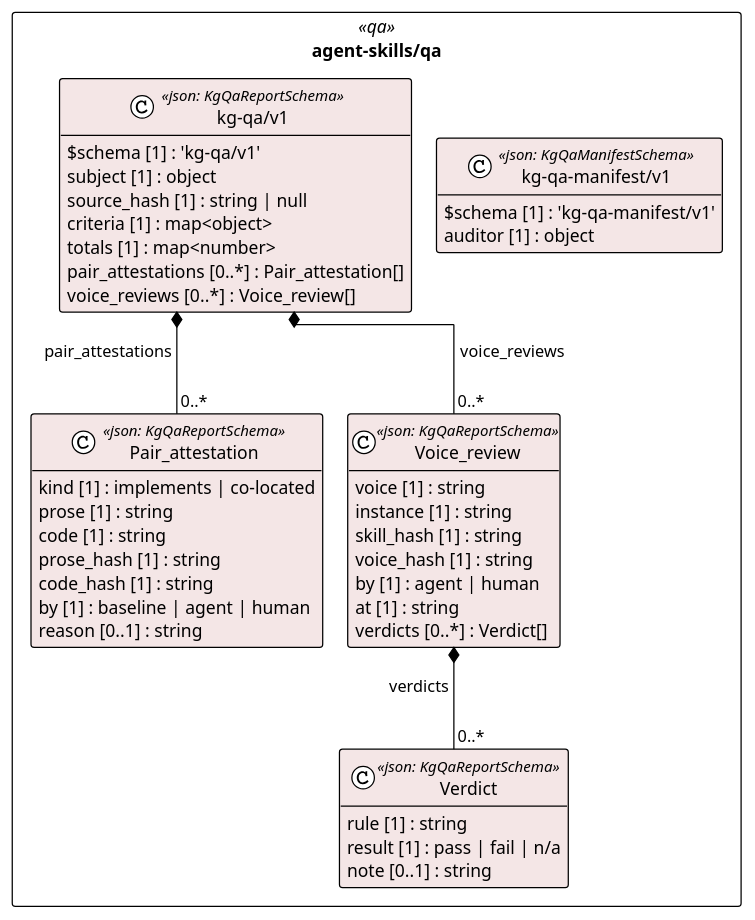
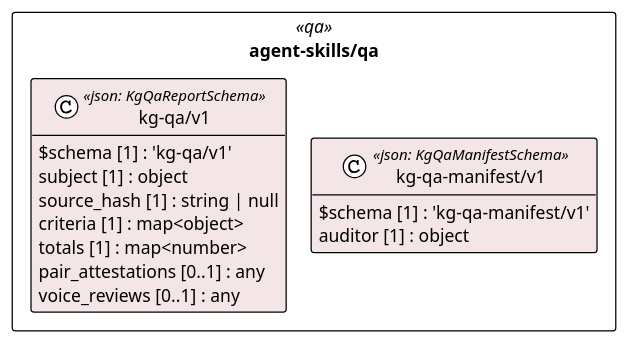
The diagram in cat-harness/uml/overview/agent-skills/qa.puml (litlfred/folio-assistant), drawn with PlantUML before and after one commit. The commit also changed 234 other files, not shown here.

```diff
--- a/cat-harness/uml/overview/agent-skills/qa.puml
+++ b/cat-harness/uml/overview/agent-skills/qa.puml
@@ -3,51 +3,25 @@
 @startuml agent_skills_qa
 !pragma layout elk
 !theme plain
 skinparam classAttributeIconSize 0
 skinparam shadowing false
 skinparam packageStyle rectangle
 hide empty methods
 
 package "agent-skills/qa" as pkg_agent_skills_qa <<qa>> {
-  class "Pair_attestation" as agent_skills_qa_kg_qa_v1_Pair_attestation <<json: KgQaReportSchema>> #f4e6e6 {
-    kind [1] : implements | co-located
-    prose [1] : string
-    code [1] : string
-    prose_hash [1] : string
-    code_hash [1] : string
-    by [1] : baseline | agent | human
-    reason [0..1] : string
-  }
-  class "Verdict" as agent_skills_qa_kg_qa_v1_Verdict <<json: KgQaReportSchema>> #f4e6e6 {
-    rule [1] : string
-    result [1] : pass | fail | n/a
-    note [0..1] : string
-  }
-  class "Voice_review" as agent_skills_qa_kg_qa_v1_Voice_review <<json: KgQaReportSchema>> #f4e6e6 {
-    voice [1] : string
-    instance [1] : string
-    skill_hash [1] : string
-    voice_hash [1] : string
-    by [1] : agent | human
-    at [1] : string
-    verdicts [0..*] : Verdict[]
-  }
   class "kg-qa/v1" as agent_skills_qa_kg_qa_v1_kg_qa_v1 <<json: KgQaReportSchema>> #f4e6e6 {
     $schema [1] : 'kg-qa/v1'
     subject [1] : object
     source_hash [1] : string | null
     criteria [1] : map<object>
     totals [1] : map<number>
-    pair_attestations [0..*] : Pair_attestation[]
-    voice_reviews [0..*] : Voice_review[]
+    pair_attestations [0..1] : any
+    voice_reviews [0..1] : any
   }
   class "kg-qa-manifest/v1" as agent_skills_qa_kg_qa_manifest_v1_kg_qa_manifest_v1 <<json: KgQaManifestSchema>> #f4e6e6 {
     $schema [1] : 'kg-qa-manifest/v1'
     auditor [1] : object
   }
 }
 
-agent_skills_qa_kg_qa_v1_kg_qa_v1 *-- "0..*" agent_skills_qa_kg_qa_v1_Pair_attestation : pair_attestations
-agent_skills_qa_kg_qa_v1_Voice_review *-- "0..*" agent_skills_qa_kg_qa_v1_Verdict : verdicts
-agent_skills_qa_kg_qa_v1_kg_qa_v1 *-- "0..*" agent_skills_qa_kg_qa_v1_Voice_review : voice_reviews
 @enduml
```
